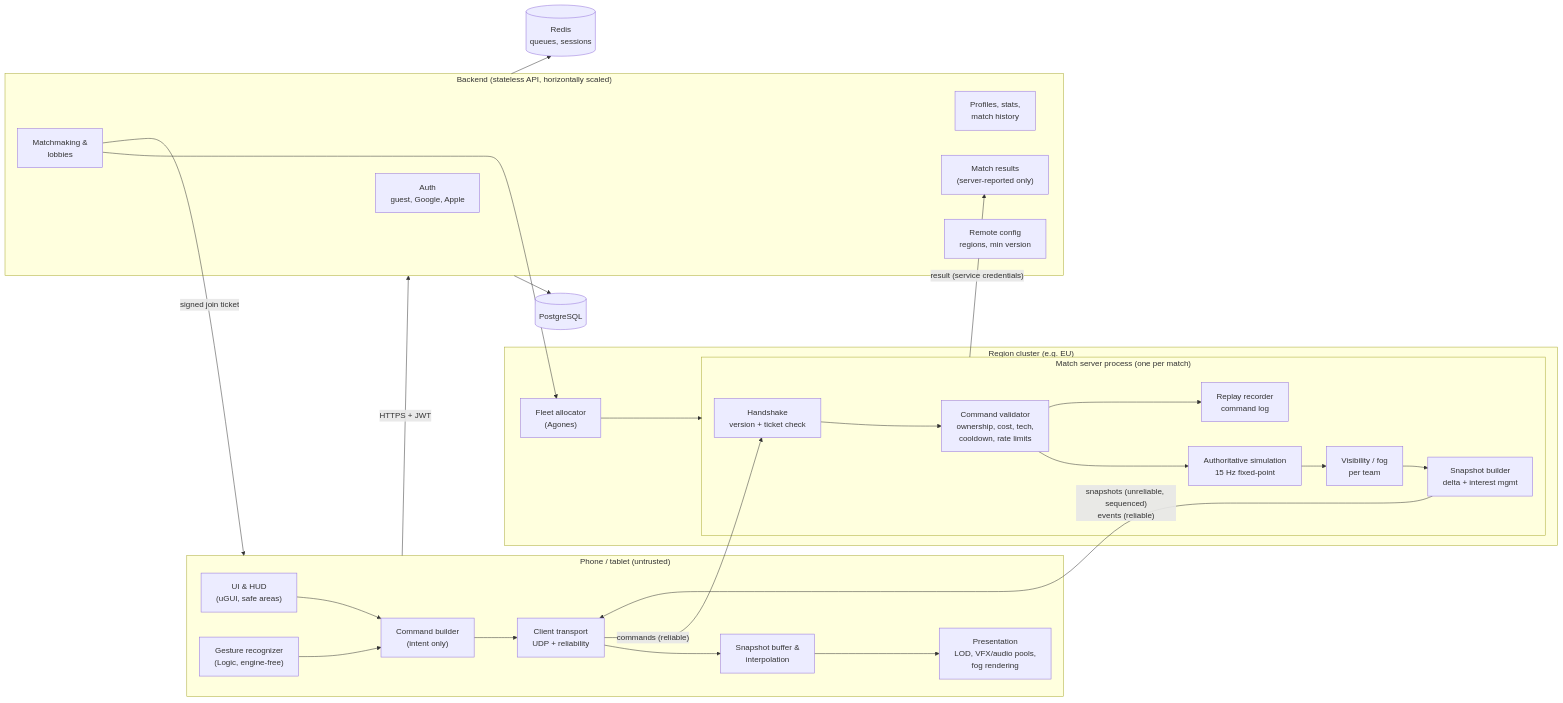
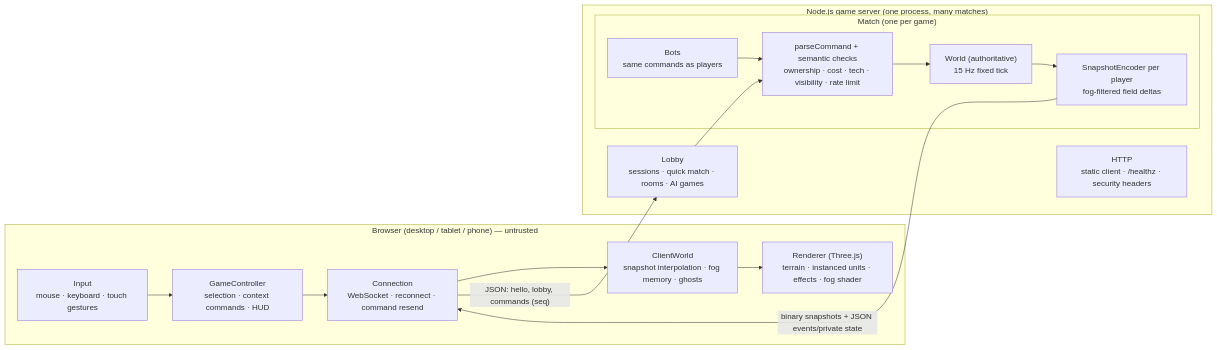
Before and after one commit to m1kava/Conflict-Core: the diagram in docs/ARCHITECTURE.md, drawn with Mermaid. The commit also changed other lines of this file and 28 other files, not shown here.

First line of the commit message:
Add Node CI, Docker image, free hosting blueprint and browser docs

````diff
--- a/docs/ARCHITECTURE.md
+++ b/docs/ARCHITECTURE.md
@@ -73,48 +12,28 @@
 ```mermaid
 flowchart LR
-  subgraph Device["Phone / tablet (untrusted)"]
-    UI["UI & HUD\n(uGUI, safe areas)"]
-    Input["Gesture recognizer\n(Logic, engine-free)"]
-    Cmd["Command builder\n(intent only)"]
-    Net["Client transport\nUDP + reliability"]
-    Interp["Snapshot buffer &\ninterpolation"]
-    View["Presentation\nLOD, VFX/audio pools,\nfog rendering"]
-    Input --> Cmd --> Net
-    Net --> Interp --> View
-    UI --> Cmd
+  subgraph Browser["Browser (desktop / tablet / phone) — untrusted"]
+    Input["Input\nmouse · keyboard · touch gestures"]
+    Ctrl["GameController\nselection · context commands · HUD"]
+    CW["ClientWorld\nsnapshot interpolation · fog memory · ghosts"]
+    R["Renderer (Three.js)\nterrain · instanced units · effects · fog shader"]
+    Net["Connection\nWebSocket · reconnect · command resend"]
+    Input --> Ctrl --> Net
+    Net --> CW --> R
   end
 
-  subgraph Region["Region cluster (e.g. EU)"]
-    subgraph MS["Match server process (one per match)"]
-      Gate["Handshake\nversion + ticket check"]
-      Val["Command validator\nownership, cost, tech,\ncooldown, rate limits"]
-      Sim["Authoritative simulation\n15 Hz fixed-point"]
-      Vis["Visibility / fog\nper team"]
-      Snap["Snapshot builder\ndelta + interest mgmt"]
-      Rec["Replay recorder\ncommand log"]
-      Gate --> Val --> Sim --> Vis --> Snap
-      Val --> Rec
+  subgraph Server["Node.js game server (one process, many matches)"]
+    HTTP["HTTP\nstatic client · /healthz · security headers"]
+    Lobby["Lobby\nsessions · quick match · rooms · AI games"]
+    subgraph Match["Match (one per game)"]
+      Val["parseCommand + semantic checks\nownership · cost · tech · visibility · rate limit"]
+      Sim["World (authoritative)\n15 Hz fixed tick"]
+      Bot["Bots\nsame commands as players"]
+      Enc["SnapshotEncoder per player\nfog-filtered field deltas"]
     end
-    Alloc["Fleet allocator\n(Agones)"]
   end
 
-  subgraph Backend["Backend (stateless API, horizontally scaled)"]
-    Auth["Auth\nguest, Google, Apple"]
-    Prof["Profiles, stats,\nmatch history"]
-    MM["Matchmaking &\nlobbies"]
-    Res["Match results\n(server-reported only)"]
-    Cfg["Remote config\nregions, min version"]
-  end
-
-  DB[("PostgreSQL")]
-  Cache[("Redis\nqueues, sessions")]
-
-  Net -- "commands (reliable)" --> Gate
-  Snap -- "snapshots (unreliable, sequenced)\nevents (reliable)" --> Net
-  Device -- "HTTPS + JWT" --> Backend
-  MM --> Alloc --> MS
-  MM -- "signed join ticket" --> Device
-  MS -- "result (service credentials)" --> Res
-  Backend --> DB
-  Backend --> Cache
+  Net -- "JSON: hello, lobby, commands (seq)" --> Lobby
+  Lobby --> Val --> Sim
+  Bot --> Val
+  Sim --> Enc -- "binary snapshots + JSON events/private state" --> Net
 ```
````
